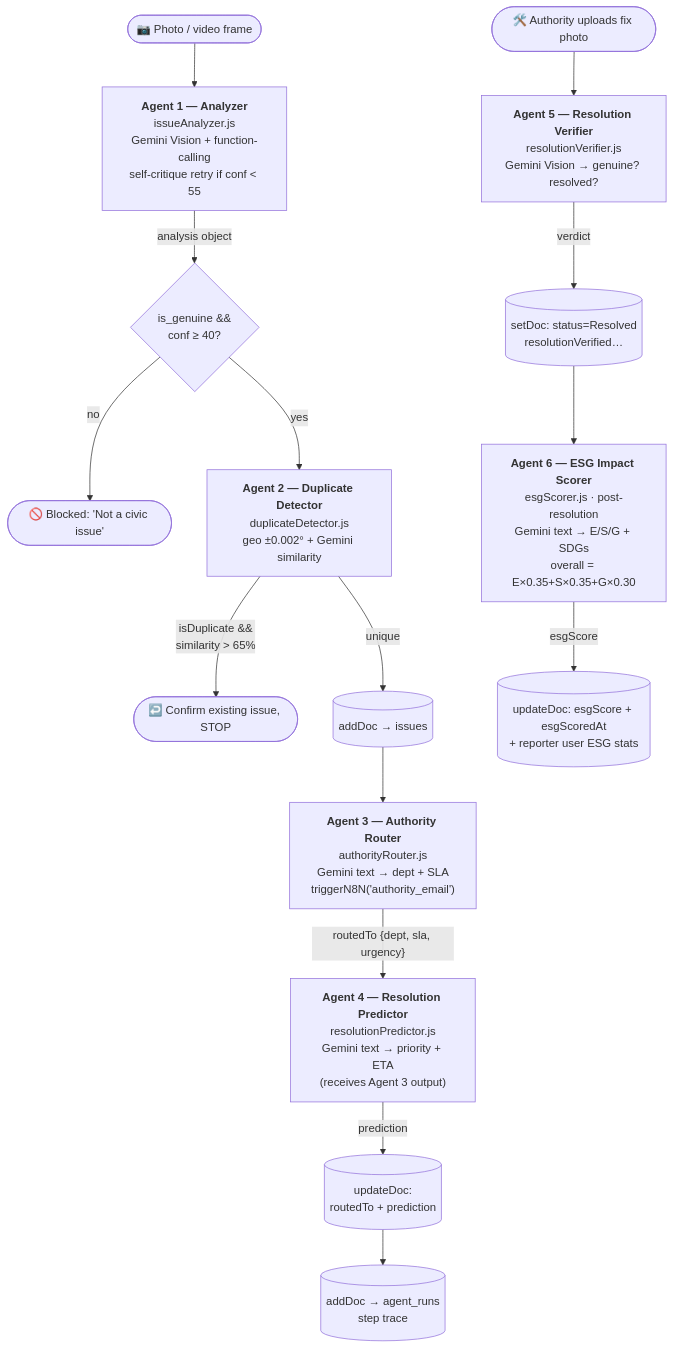
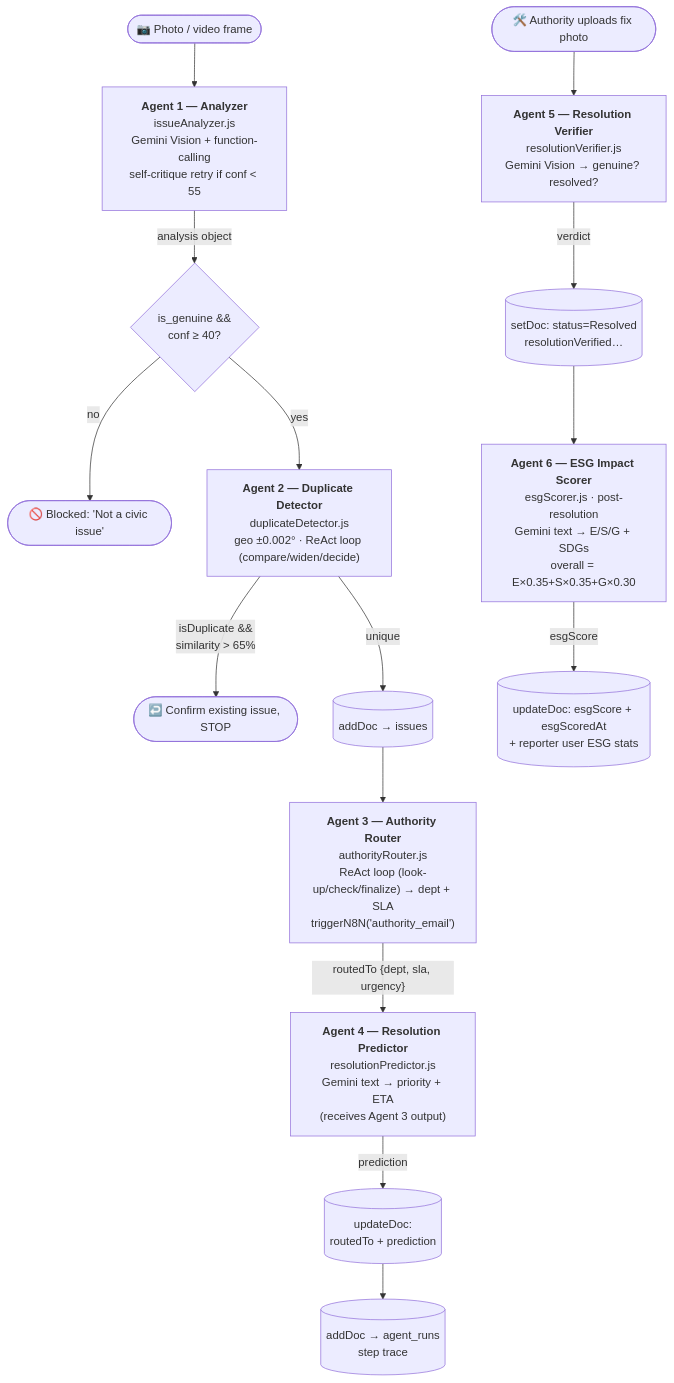
One commit to siddhesh8k/janashakti changed the fourth of 16 diagrams in docs/ARCHITECTURE.md. Above: the diagram before and after it, drawn with Mermaid. The commit also changed other lines of this file and 5 other files, not shown here.

First line of the commit message:
docs: sync README/ARCHITECTURE/FEATURES/SUBMISSION/BATTLE_PLAN/E2E to current code

````diff
--- a/docs/ARCHITECTURE.md
+++ b/docs/ARCHITECTURE.md
@@ -298,29 +302,29 @@
 ```mermaid
 flowchart TB
     Photo([📷 Photo / video frame]) --> A1
 
     A1["<b>Agent 1 — Analyzer</b><br/>issueAnalyzer.js<br/>Gemini Vision + function-calling<br/>self-critique retry if conf < 55"]
     A1 -->|"analysis object"| Gate{is_genuine &&<br/>conf ≥ 40?}
     Gate -->|no| Block([🚫 Blocked: 'Not a civic issue'])
     Gate -->|yes| A2
 
-    A2["<b>Agent 2 — Duplicate Detector</b><br/>duplicateDetector.js<br/>geo ±0.002° + Gemini similarity"]
+    A2["<b>Agent 2 — Duplicate Detector</b><br/>duplicateDetector.js<br/>geo ±0.002° · ReAct loop (compare/widen/decide)"]
     A2 -->|"isDuplicate &&<br/>similarity > 65%"| Dup([↩️ Confirm existing issue, STOP])
     A2 -->|unique| Save[(addDoc → issues)]
 
     Save --> A3
-    A3["<b>Agent 3 — Authority Router</b><br/>authorityRouter.js<br/>Gemini text → dept + SLA<br/>triggerN8N('authority_email')"]
+    A3["<b>Agent 3 — Authority Router</b><br/>authorityRouter.js<br/>ReAct loop (look-up/check/finalize) → dept + SLA<br/>triggerN8N('authority_email')"]
     A3 -->|"routedTo {dept, sla, urgency}"| A4
 
     A4["<b>Agent 4 — Resolution Predictor</b><br/>resolutionPredictor.js<br/>Gemini text → priority + ETA<br/>(receives Agent 3 output)"]
     A4 -->|"prediction"| Persist[(updateDoc:<br/>routedTo + prediction)]
     Persist --> Trace[(addDoc → agent_runs<br/>step trace)]
 
     Resolve([🛠️ Authority uploads fix photo]) --> A5
     A5["<b>Agent 5 — Resolution Verifier</b><br/>resolutionVerifier.js<br/>Gemini Vision → genuine? resolved?"]
     A5 -->|"verdict"| ResWrite[(setDoc: status=Resolved<br/>resolutionVerified…)]
 
     ResWrite --> A6
     A6["<b>Agent 6 — ESG Impact Scorer</b><br/>esgScorer.js · post-resolution<br/>Gemini text → E/S/G + SDGs<br/>overall = E×0.35+S×0.35+G×0.30"]
     A6 -->|"esgScore"| ESGWrite[(updateDoc: esgScore + esgScoredAt<br/>+ reporter user ESG stats)]
 ```
````
